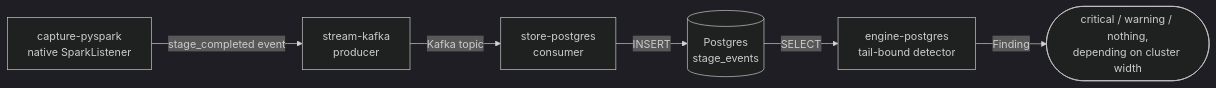
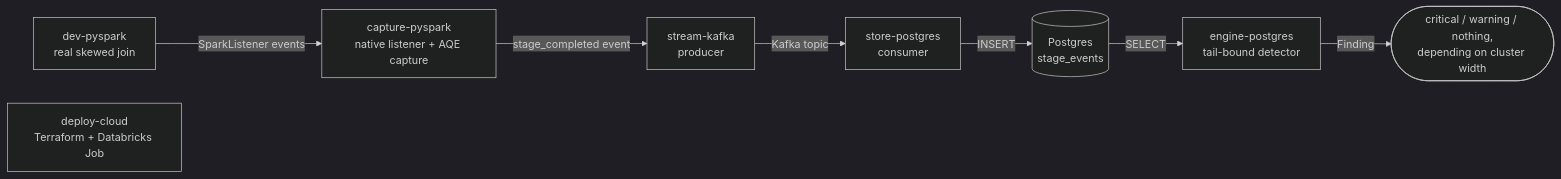
Before and after one commit to LeonardoBasilio/apex: the diagram in PORTFOLIO.md, drawn with Mermaid (dark theme). The commit also changed other lines of this file and 9 other files, not shown here.

````diff
--- a/PORTFOLIO.md
+++ b/PORTFOLIO.md
@@ -21,8 +21,10 @@
 ```mermaid
 flowchart LR
-    L["capture-pyspark<br/>native SparkListener"] -->|stage_completed event| K["stream-kafka<br/>producer"]
+    D["dev-pyspark<br/>real skewed join"] -->|SparkListener events| L["capture-pyspark<br/>native listener + AQE capture"]
+    L -->|stage_completed event| K["stream-kafka<br/>producer"]
     K -->|Kafka topic| C["store-postgres<br/>consumer"]
     C -->|INSERT| PG[("Postgres<br/>stage_events")]
     PG -->|SELECT| E["engine-postgres<br/>tail-bound detector"]
     E -->|Finding| OUT(["critical / warning / nothing,<br/>depending on cluster width"])
+    CLOUD["deploy-cloud<br/>Terraform + Databricks Job"]
 ```
````
